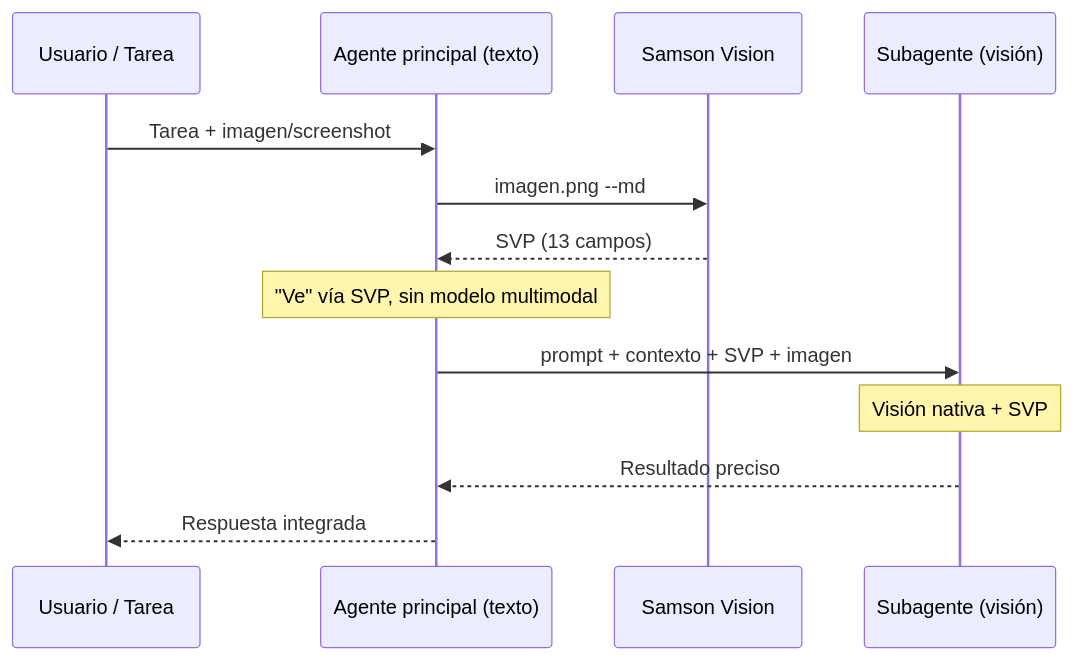
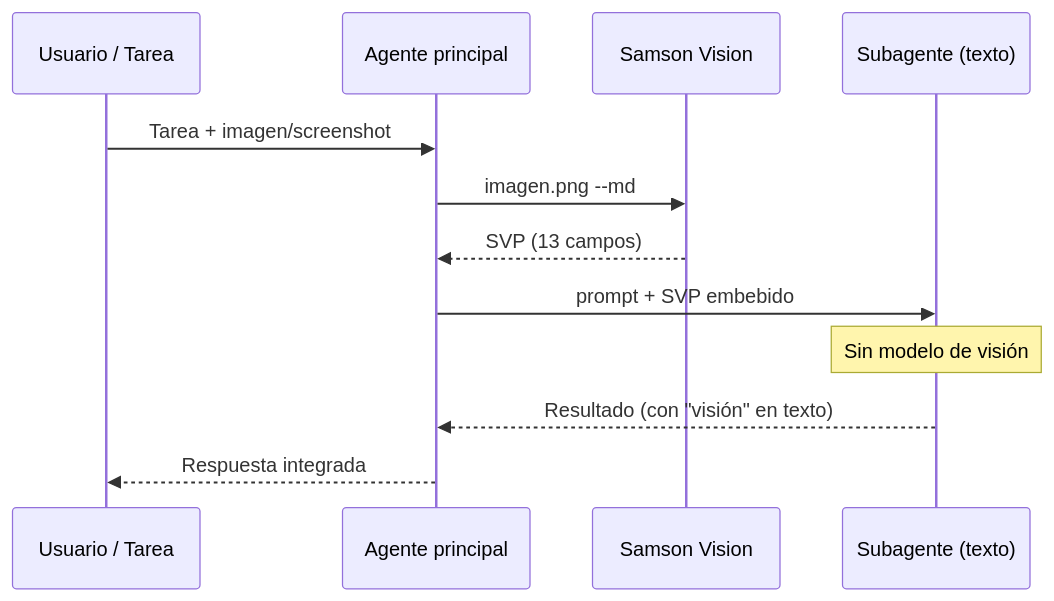
Before and after one commit to TonyRiera/samson-vision: the diagram in README.md, drawn with Mermaid. The commit also changed other lines of this file and 2 other files, not shown here.

Commit message:
docs: subagent flow and DeepSeek Flash v4 naming

````diff
--- a/README.md
+++ b/README.md
@@ -62,16 +52,15 @@
 ```mermaid
 sequenceDiagram
     participant U as Usuario / Tarea
-    participant M as Agente principal (texto)
+    participant M as Agente principal
     participant SV as Samson Vision
-    participant S as Subagente (visión)
+    participant S as Subagente (texto)
 
     U->>M: Tarea + imagen/screenshot
     M->>SV: imagen.png --md
     SV-->>M: SVP (13 campos)
-    Note over M: "Ve" vía SVP, sin modelo multimodal
-    M->>S: prompt + contexto + SVP + imagen
-    Note over S: Visión nativa + SVP
-    S-->>M: Resultado preciso
+    M->>S: prompt + SVP embebido
+    Note over S: Sin modelo de visión
+    S-->>M: Resultado (con "visión" en texto)
     M-->>U: Respuesta integrada
 ```
````
